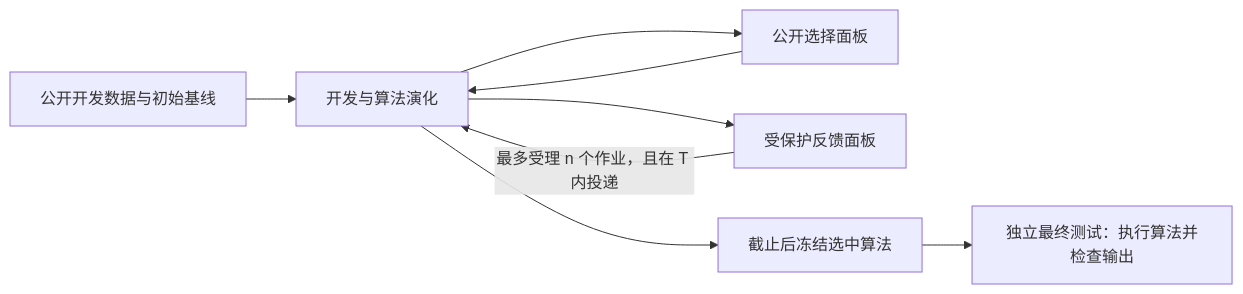
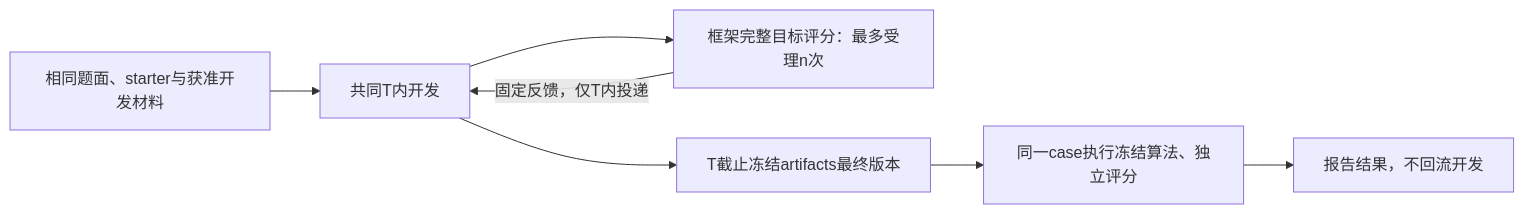
The diagram in README.md (aiqiuyuan/powergrid_benchmark_for_agent), drawn with Mermaid before and after one commit. The commit also changed other lines of this file and 22 other files, not shown here.

````diff
--- a/README.md
+++ b/README.md
@@ -84,10 +87,9 @@
 ```mermaid
 flowchart LR
-    A[公开开发数据与初始基线] --> B[开发与算法演化]
-    B --> C[公开选择面板]
-    C --> B
-    B --> D[受保护反馈面板]
-    D -->|最多受理 n 个作业，且在 T 内投递| B
-    B --> E[截止后冻结选中算法]
-    E --> F[独立最终测试：执行算法并检查输出]
+    A[相同题面、starter与获准开发材料] --> B[共同T内开发]
+    B --> C[框架完整目标评分：最多受理n次]
+    C -->|固定反馈，仅T内投递| B
+    B --> D[T截止冻结artifacts最终版本]
+    D --> E[同一case执行冻结算法、独立评分]
+    E --> F[报告结果，不回流开发]
 ```
````
